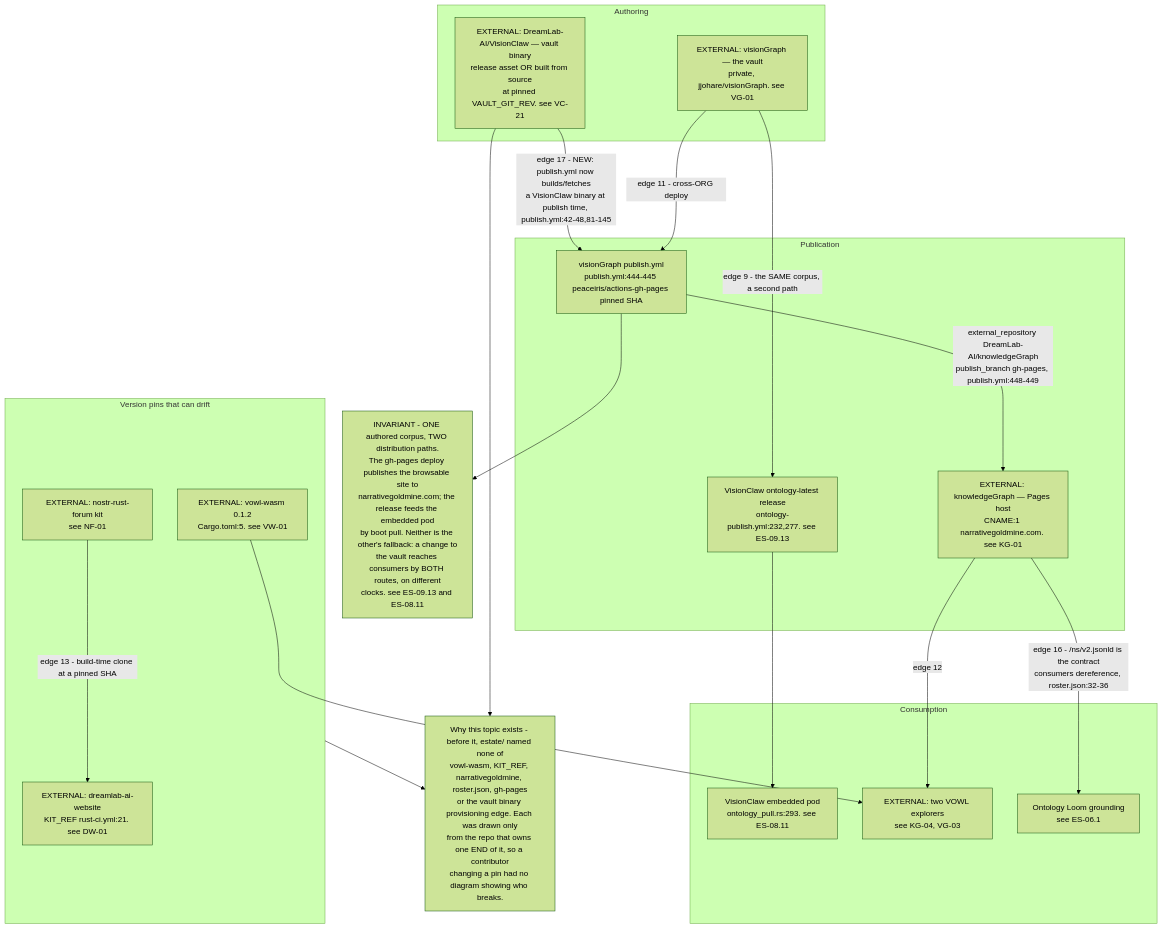
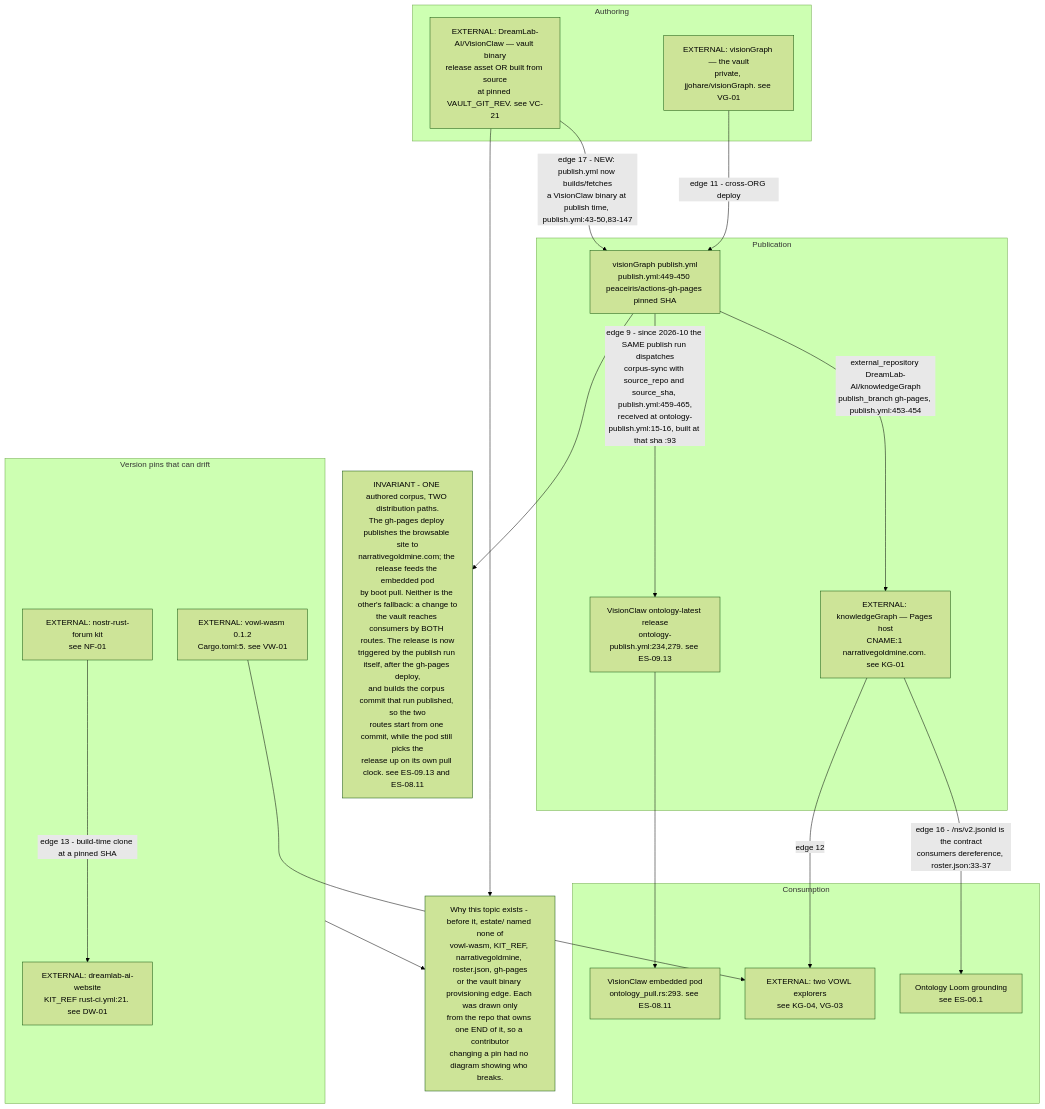
The first of 5 diagrams in docs/diagrams/estate/11-publishing-axis.md (DreamLab-AI/VisionFlow), drawn with Mermaid (forest theme) before and after one commit. The commit also changed other lines of this file and 94 other files, not shown here.

First line of the commit message:
docs(diagrams): re-verify 130 topics against 2 October HEADs

````diff
--- a/docs/diagrams/estate/11-publishing-axis.md
+++ b/docs/diagrams/estate/11-publishing-axis.md
@@ -25,39 +25,39 @@
 ```mermaid
 flowchart TB
     subgraph AUTHOR["Authoring"]
         VG["EXTERNAL: visionGraph — the vault<br/>private, jjohare/visionGraph. see VG-01"]
         VC["EXTERNAL: DreamLab-AI/VisionClaw — vault binary<br/>release asset OR built from source<br/>at pinned VAULT_GIT_REV. see VC-21"]
     end
     subgraph PUB["Publication"]
-        PUBYML["visionGraph publish.yml<br/>publish.yml:444-445 peaceiris/actions-gh-pages pinned SHA"]
+        PUBYML["visionGraph publish.yml<br/>publish.yml:449-450 peaceiris/actions-gh-pages pinned SHA"]
         KG["EXTERNAL: knowledgeGraph — Pages host<br/>CNAME:1 narrativegoldmine.com. see KG-01"]
-        REL["VisionClaw ontology-latest release<br/>ontology-publish.yml:232,277. see ES-09.13"]
+        REL["VisionClaw ontology-latest release<br/>ontology-publish.yml:234,279. see ES-09.13"]
     end
     subgraph CONSUME["Consumption"]
         POD["VisionClaw embedded pod<br/>ontology_pull.rs:293. see ES-08.11"]
         EXPL["EXTERNAL: two VOWL explorers<br/>see KG-04, VG-03"]
         LOOM["Ontology Loom grounding<br/>see ES-06.1"]
     end
     subgraph PINS["Version pins that can drift"]
         VW["EXTERNAL: vowl-wasm 0.1.2<br/>Cargo.toml:5. see VW-01"]
         NF["EXTERNAL: nostr-rust-forum kit<br/>see NF-01"]
         DW["EXTERNAL: dreamlab-ai-website<br/>KIT_REF rust-ci.yml:21. see DW-01"]
     end
 
-    VC -->|"edge 17 - NEW: publish.yml now builds/fetches<br/>a VisionClaw binary at publish time, publish.yml:42-48,81-145"| PUBYML
+    VC -->|"edge 17 - NEW: publish.yml now builds/fetches<br/>a VisionClaw binary at publish time, publish.yml:43-50,83-147"| PUBYML
     VG -->|"edge 11 - cross-ORG deploy"| PUBYML
-    PUBYML -->|"external_repository DreamLab-AI/knowledgeGraph<br/>publish_branch gh-pages, publish.yml:448-449"| KG
-    VG -->|"edge 9 - the SAME corpus, a second path"| REL
+    PUBYML -->|"external_repository DreamLab-AI/knowledgeGraph<br/>publish_branch gh-pages, publish.yml:453-454"| KG
+    PUBYML -->|"edge 9 - since 2026-10 the SAME publish run dispatches<br/>corpus-sync with source_repo and source_sha, publish.yml:459-465,<br/>received at ontology-publish.yml:15-16, built at that sha :93"| REL
     REL --> POD
-    KG -->|"edge 16 - /ns/v2.jsonld is the contract<br/>consumers dereference, roster.json:32-36"| LOOM
+    KG -->|"edge 16 - /ns/v2.jsonld is the contract<br/>consumers dereference, roster.json:33-37"| LOOM
     KG -->|"edge 12"| EXPL
     VW --> EXPL
     NF -->|"edge 13 - build-time clone at a pinned SHA"| DW
 
-    INV["INVARIANT - ONE authored corpus, TWO distribution paths.<br/>The gh-pages deploy publishes the browsable site to<br/>narrativegoldmine.com; the release feeds the embedded pod<br/>by boot pull. Neither is the other's fallback: a change to<br/>the vault reaches consumers by BOTH routes, on different<br/>clocks. see ES-09.13 and ES-08.11"]
+    INV["INVARIANT - ONE authored corpus, TWO distribution paths.<br/>The gh-pages deploy publishes the browsable site to<br/>narrativegoldmine.com; the release feeds the embedded pod<br/>by boot pull. Neither is the other's fallback: a change to<br/>the vault reaches consumers by BOTH routes. The release is now<br/>triggered by the publish run itself, after the gh-pages deploy,<br/>and builds the corpus commit that run published, so the two<br/>routes start from one commit, while the pod still picks the<br/>release up on its own pull clock. see ES-09.13 and ES-08.11"]
     GAP["Why this topic exists - before it, estate/ named none of<br/>vowl-wasm, KIT_REF, narrativegoldmine, roster.json, gh-pages<br/>or the vault binary provisioning edge. Each was drawn only<br/>from the repo that owns one END of it, so a contributor<br/>changing a pin had no diagram showing who breaks."]
 
     PUBYML --> INV
     PINS --> GAP
     VC --> GAP
 ```
````
